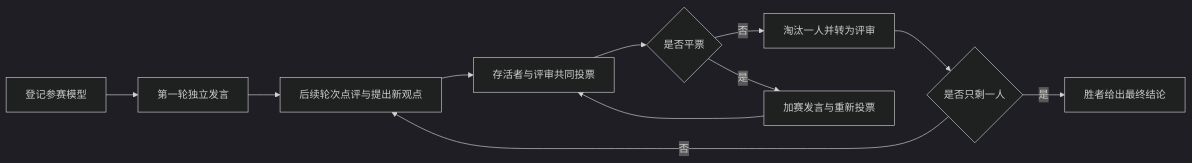
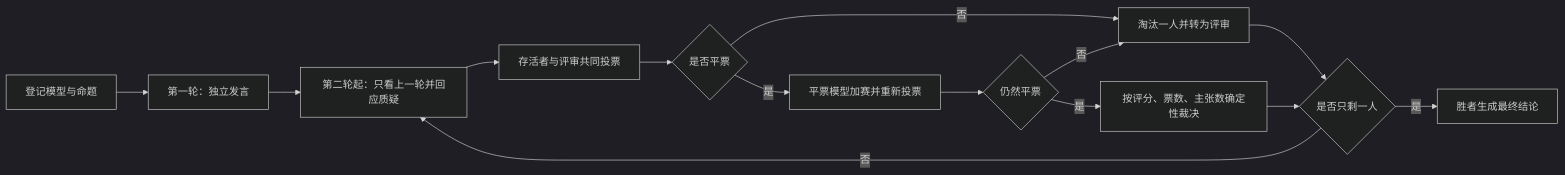
Before and after one commit to chenxy1021/agent-arena: the diagram in README.md, drawn with Mermaid (dark theme). The commit also changed other lines of this file and 10 other files, not shown here.

````diff
--- a/README.md
+++ b/README.md
@@ -74,13 +134,16 @@
 ```mermaid
 flowchart LR
-    A[登记参赛模型] --> B[第一轮独立发言]
-    B --> C[后续轮次点评与提出新观点]
+    A[登记模型与命题] --> B[第一轮：独立发言]
+    B --> C[第二轮起：只看上一轮并回应质疑]
     C --> D[存活者与评审共同投票]
     D --> E{是否平票}
     E -- 否 --> F[淘汰一人并转为评审]
-    E -- 是 --> G[加赛发言与重新投票]
-    G --> D
-    F --> H{是否只剩一人}
-    H -- 否 --> C
-    H -- 是 --> I[胜者给出最终结论]
+    E -- 是 --> G[平票模型加赛并重新投票]
+    G --> H{仍然平票}
+    H -- 否 --> F
+    H -- 是 --> I[按评分、票数、主张数确定性裁决]
+    F --> J{是否只剩一人}
+    I --> J
+    J -- 否 --> C
+    J -- 是 --> K[胜者生成最终结论]
 ```
````
